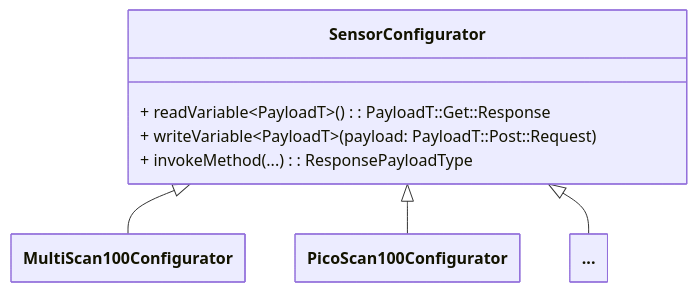
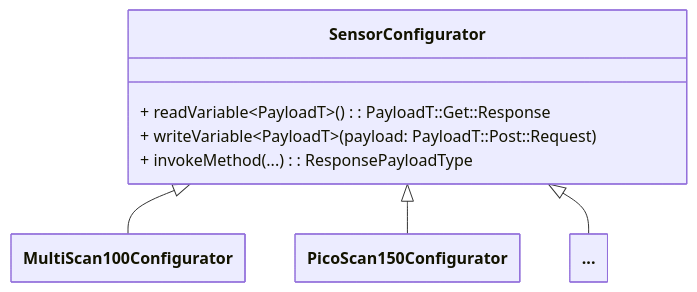
The third of 7 diagrams in README.md (gschwsiSICKAG/sick_perception_sdk_releases), drawn with Mermaid before and after one commit. The commit also changed other lines of this file and 1245 other files, not shown here.

````diff
--- a/README.md
+++ b/README.md
@@ -411,20 +411,20 @@
 ```mermaid
 ---
 config:
   class:
     hideEmptyMembersBox: true
 ---
 classDiagram
     class SensorConfigurator {
         + readVariable~PayloadT~() : PayloadT::Get::Response
         + writeVariable~PayloadT~(payload: PayloadT::Post::Request)
         + invokeMethod(...) : ResponsePayloadType
     }
     class MultiScan100Configurator
-    class PicoScan100Configurator
+    class PicoScan150Configurator
     class OtherConfigurator["..."]
 
     SensorConfigurator <|-- MultiScan100Configurator
-    SensorConfigurator <|-- PicoScan100Configurator
+    SensorConfigurator <|-- PicoScan150Configurator
     SensorConfigurator <|-- OtherConfigurator
 ```
````
